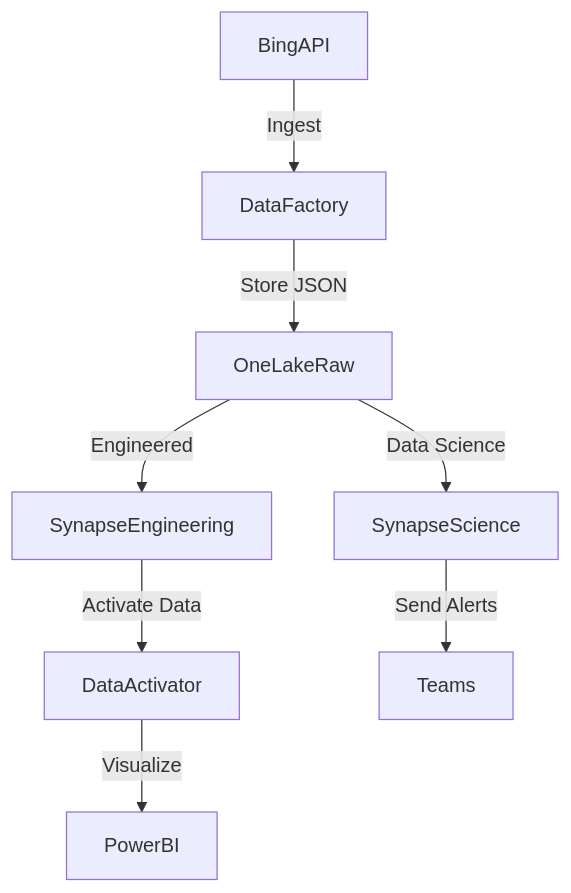
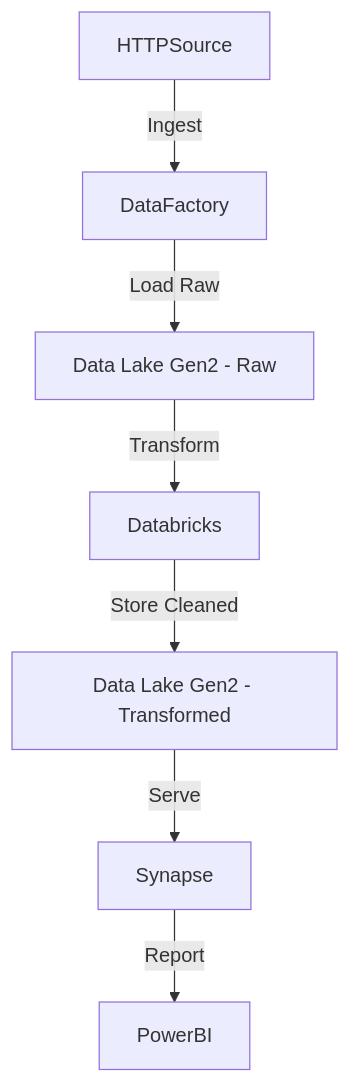
Before and after one commit to mohitsubramaniam15/Az-Adventure: the diagram in README.md, drawn with Mermaid.

````diff
--- a/README.md
+++ b/README.md
@@ -28,10 +28,9 @@
 ```mermaid
 graph TD;
-  BingAPI -->|Ingest| DataFactory
-  DataFactory -->|Store JSON| OneLakeRaw
-  OneLakeRaw -->|Engineered| SynapseEngineering
-  OneLakeRaw -->|Data Science| SynapseScience
-  SynapseEngineering -->|Activate Data| DataActivator
-  SynapseScience -->|Send Alerts| Teams
-  DataActivator -->|Visualize| PowerBI
+  HTTPSource -->|Ingest| DataFactory
+  DataFactory -->|Load Raw| RawStore[Data Lake Gen2 - Raw]
+  RawStore -->|Transform| Databricks
+  Databricks -->|Store Cleaned| TransformedStore[Data Lake Gen2 - Transformed]
+  TransformedStore -->|Serve| Synapse
+  Synapse -->|Report| PowerBI
 ```
````
